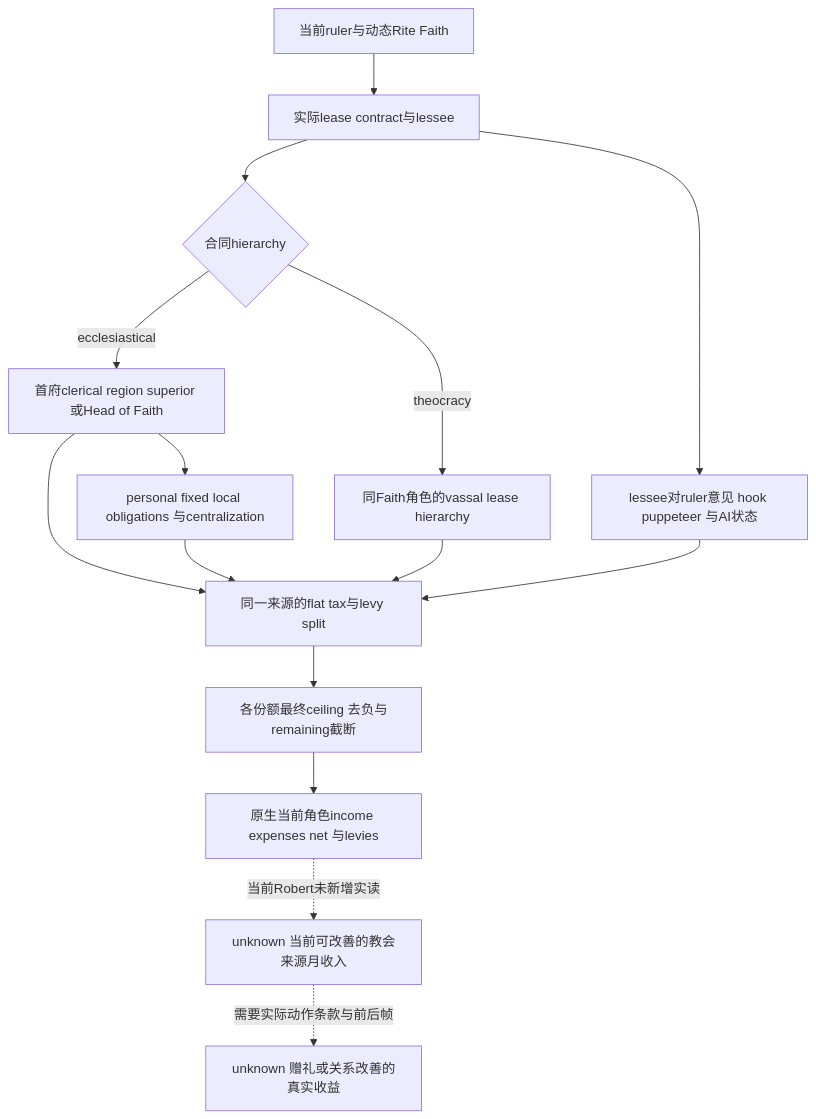
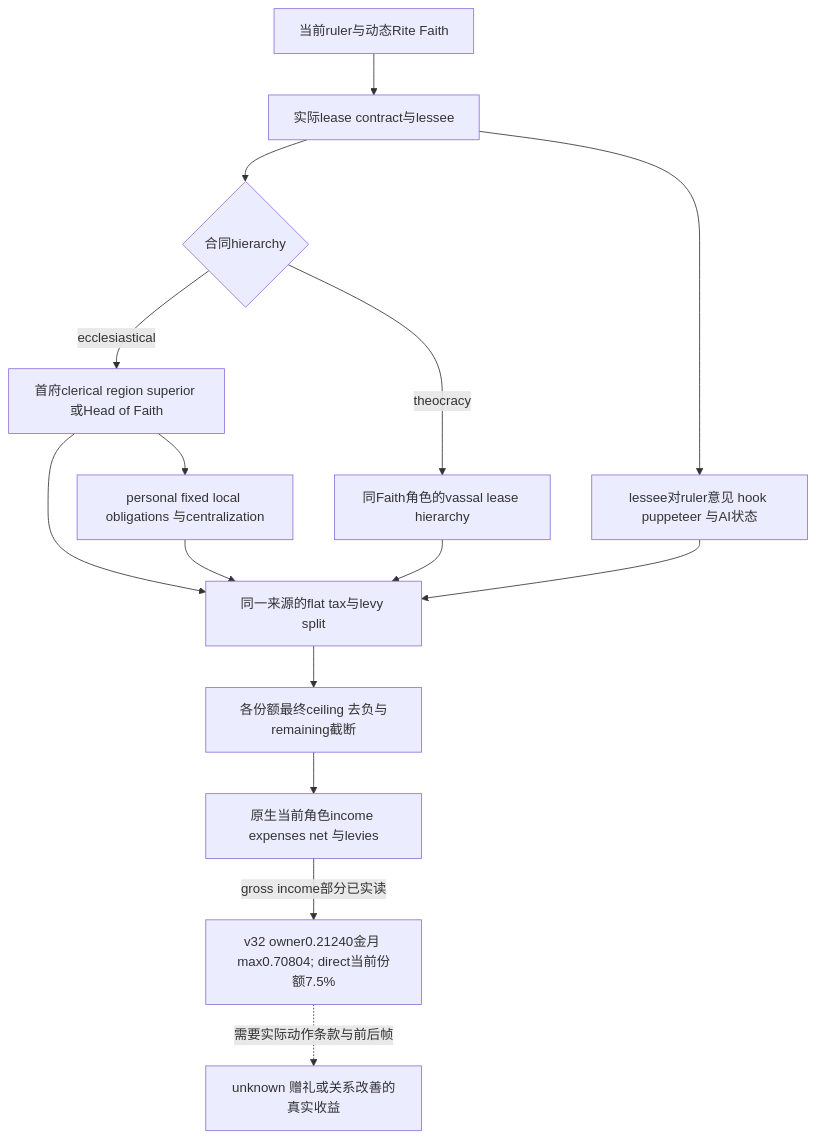
Before and after one commit to XenoAmess/ck3_eternal_recurrence: the first of 2 diagrams in docs/ck3-native-ai/religion-church-income-native-ai-12003.md, drawn with Mermaid. The commit also changed other lines of this file and 14 other files, not shown here.

````diff
--- a/docs/ck3-native-ai/religion-church-income-native-ai-12003.md
+++ b/docs/ck3-native-ai/religion-church-income-native-ai-12003.md
@@ -50,17 +52,17 @@
 ```mermaid
 flowchart TD
     A[当前ruler与动态Rite Faith] --> B[实际lease contract与lessee]
     B --> C{合同hierarchy}
     C -->|ecclesiastical| D[首府clerical region superior 或Head of Faith]
     C -->|theocracy| E[同Faith角色的vassal lease hierarchy]
     D --> F[同一来源的flat tax与levy split]
     E --> F
     B --> G[lessee对ruler意见 hook puppeteer 与AI状态]
     D --> H[personal fixed local obligations 与centralization]
     G --> F
     H --> F
     F --> I[各份额最终ceiling 去负与remaining截断]
     I --> J[原生当前角色income expenses net 与levies]
-    J -. 当前Robert未新增实读 .-> K[unknown 当前可改善的教会来源月收入]
+    J -->|gross income部分已实读| K[v32 owner0.21240金月 max0.70804; direct当前份额7.5%]
     K -. 需要实际动作条款与前后帧 .-> L[unknown 赠礼或关系改善的真实收益]
 ```
````
